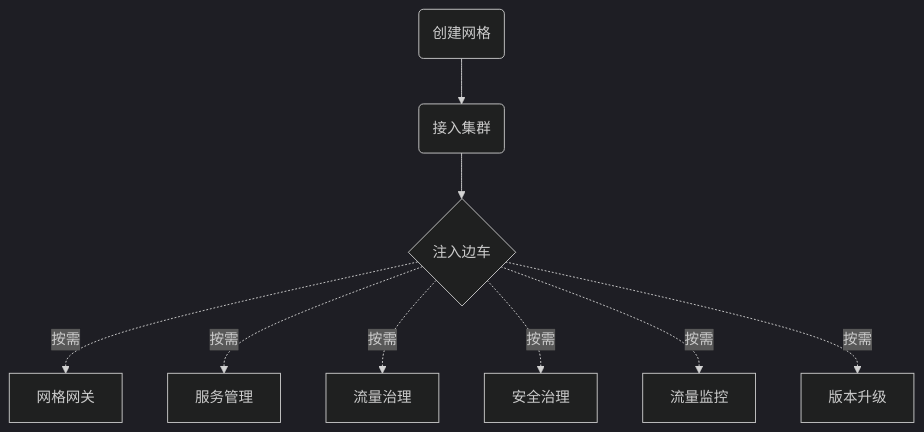
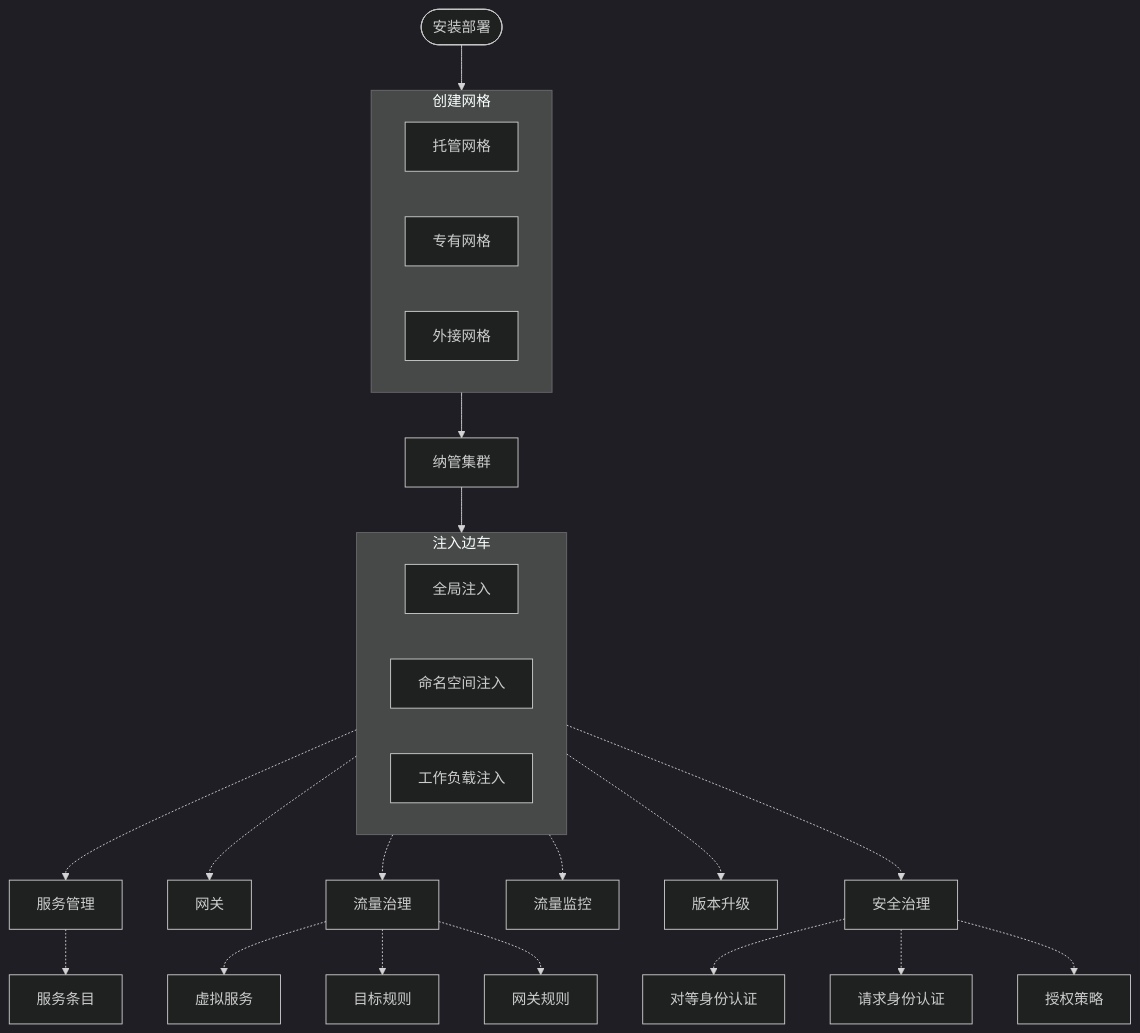
The diagram in docs/zh/docs/mspider/01Intro/WhatismSpider.md (DaoCloud/DaoCloud-docs), drawn with Mermaid (dark theme) before and after one commit.

Commit message:
updated mspider pages

````diff
--- a/docs/zh/docs/mspider/01Intro/WhatismSpider.md
+++ b/docs/zh/docs/mspider/01Intro/WhatismSpider.md
@@ -28,21 +28,62 @@
 ```mermaid
-graph TD
-    A(创建网格) -->B(接入集群)
-    B --> C{注入边车}
-    C -.->|按需| D[网格网关]
-    C -.->|按需| E[服务管理]
-    C -.->|按需| F[流量治理]
-    C -.->|按需| G[安全治理]
-    C -.->|按需| H[流量监控]
-    C -.->|按需| I[版本升级]
+flowchart TD
+
+    install([安装部署])
+    install --> mesh[创建网格]
+        subgraph mesh[创建网格]
+            managed[托管网格]
+            private[专有网格]
+            external[外接网格]
+            
+        end
+
+    mesh --> cluster[纳管集群]
+
+    cluster --> inject[注入边车]
+
+        subgraph inject[注入边车]
+            global[全局注入]
+            namespace[命名空间注入]
+            workload[工作负载注入]
+        end
+
     
-    click A "https://docs.daocloud.io/mspider/03UserGuide/servicemesh/create-mesh/"
-    click B "https://docs.daocloud.io/mspider/03UserGuide/08ClusterManagement/join-clus/"
-    click C "https://docs.daocloud.io/mspider/03UserGuide/07SidecarManagement/NamespaceSidecar/"
-    click D "https://docs.daocloud.io/mspider/03UserGuide/09GatewayInstance/create/"
-    click E "https://docs.daocloud.io/mspider/03UserGuide/01ServiceList/"
-    click F "https://docs.daocloud.io/mspider/03UserGuide/02TrafficGovernance/"
-    click G "https://docs.daocloud.io/mspider/03UserGuide/05Security/"
-    click H "https://docs.daocloud.io/mspider/03UserGuide/06TrafficMonitor/"
-    click I "https://docs.daocloud.io/mspider/03UserGuide/upgrade/IstioUpdate/"
+    inject -.-> service[服务管理]
+    inject -.-> gateway[网关]
+    inject -.-> traffic[流量治理]
+    inject -.-> watch[流量监控]
+    inject -.-> upgrade[版本升级]
+    inject -.-> security[安全治理]
+
+    service -.-> entry[服务条目]
+
+    traffic -.-> virtual[虚拟服务]
+    traffic -.-> target[目标规则]
+    traffic -.-> gaterule[网关规则]
+
+    security -.-> peer[对等身份认证]
+    security -.-> request[请求身份认证]
+    security -.-> authorize[授权策略]
+
+    click install "https://docs.daocloud.io/kpanda/07UserGuide/helm/"
+    click managed "https://docs.daocloud.io/mspider/03UserGuide/servicemesh/create-mesh/"
+    click private "https://docs.daocloud.io/mspider/03UserGuide/servicemesh/create-mesh/"
+    click external "https://docs.daocloud.io/mspider/03UserGuide/servicemesh/integrate-mesh/"
+    click cluster "https://docs.daocloud.io/mspider/03UserGuide/08ClusterManagement/join-clus/"
+    click global "https://docs.daocloud.io/mspider/03UserGuide/07SidecarManagement/GlobalSidecar/"
+    click namespace "https://docs.daocloud.io/mspider/03UserGuide/07SidecarManagement/NamespaceSidecar/"
+    click workload "https://docs.daocloud.io/mspider/03UserGuide/07SidecarManagement/WorkloadSidecar/"
+    click gateway "https://docs.daocloud.io/mspider/03UserGuide/09GatewayInstance/create/"
+    click service "https://docs.daocloud.io/mspider/03UserGuide/01ServiceList/"
+    click traffic "https://docs.daocloud.io/mspider/03UserGuide/02TrafficGovernance/"
+    click security "https://docs.daocloud.io/mspider/03UserGuide/05Security/"
+    click watch "https://docs.daocloud.io/mspider/03UserGuide/06TrafficMonitor/"
+    click upgrade "https://docs.daocloud.io/mspider/03UserGuide/upgrade/IstioUpdate/"
+    click entry "https://docs.daocloud.io/mspider/03UserGuide/01ServiceList/service-entry/"
+    click virtual "https://docs.daocloud.io/mspider/03UserGuide/02TrafficGovernance/VirtualService/"
+    click target "https://docs.daocloud.io/mspider/03UserGuide/02TrafficGovernance/DestinationRules/"
+    click gaterule "https://docs.daocloud.io/mspider/03UserGuide/02TrafficGovernance/GatewayRules/"
+    click peer "https://docs.daocloud.io/mspider/03UserGuide/05Security/peer/"
+    click request "https://docs.daocloud.io/mspider/03UserGuide/05Security/request/"
+    click authorize "https://docs.daocloud.io/mspider/03UserGuide/05Security/authorize/"
 ```
````
